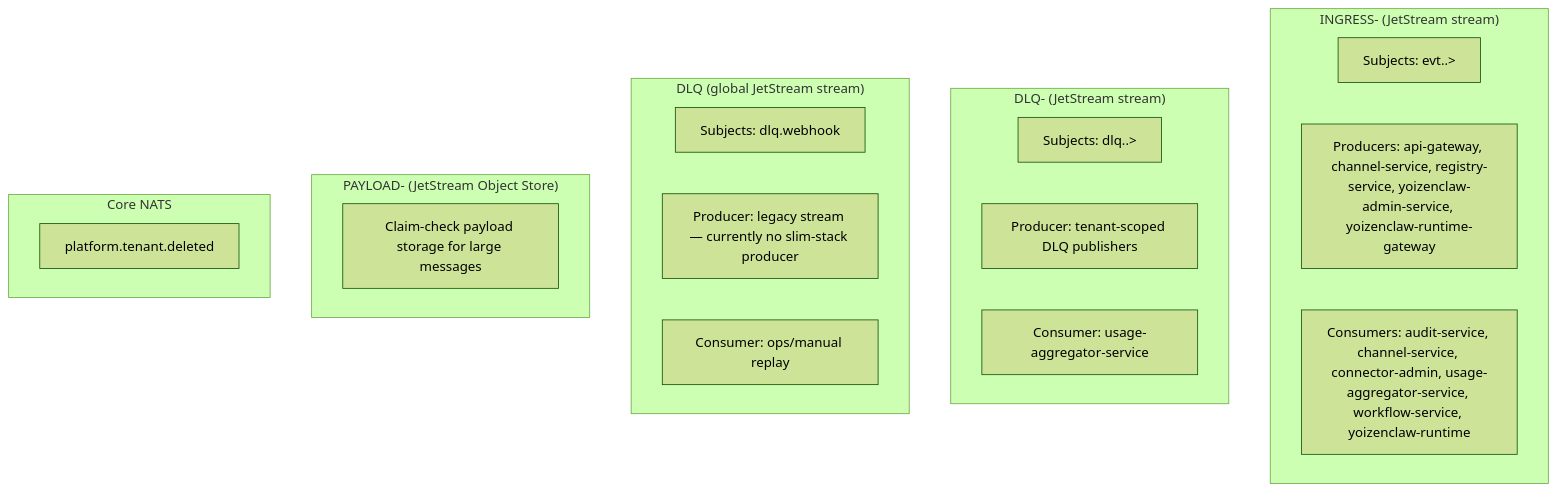
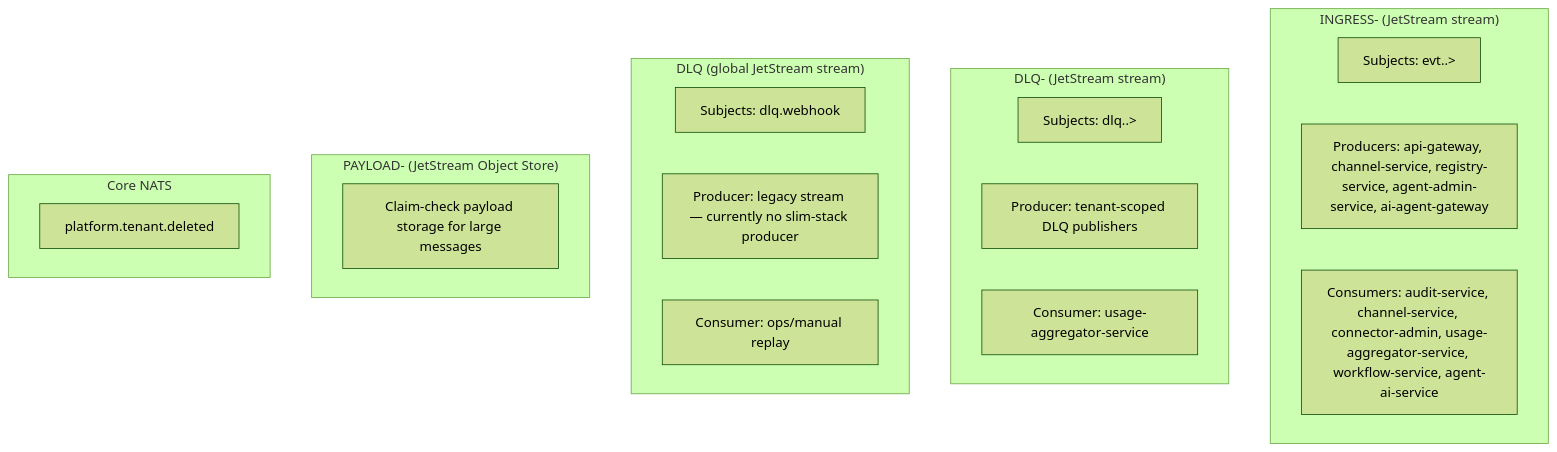
Before and after one commit to ccarnero/colloqui: the diagram in DOCS/03-NATS-JETSTREAM.md, drawn with Mermaid (forest theme). The commit also changed other lines of this file and 1226 other files, not shown here.

````diff
--- a/DOCS/03-NATS-JETSTREAM.md
+++ b/DOCS/03-NATS-JETSTREAM.md
@@ -15,28 +15,28 @@
 ```mermaid
 flowchart TD
     subgraph ingress["INGRESS-<tenant> (JetStream stream)"]
         in_subj[Subjects: evt.<tenant>.>]
-        in_prod[Producers: api-gateway, channel-service, registry-service, yoizenclaw-admin-service, yoizenclaw-runtime-gateway]
-        in_cons[Consumers: audit-service, channel-service, connector-admin, usage-aggregator-service, workflow-service, yoizenclaw-runtime]
+        in_prod[Producers: api-gateway, channel-service, registry-service, agent-admin-service, ai-agent-gateway]
+        in_cons[Consumers: audit-service, channel-service, connector-admin, usage-aggregator-service, workflow-service, agent-ai-service]
     end
 
     subgraph dlqt["DLQ-<tenant> (JetStream stream)"]
         dlqt_subj[Subjects: dlq.<tenant>.>]
         dlqt_prod[Producer: tenant-scoped DLQ publishers]
         dlqt_cons[Consumer: usage-aggregator-service]
     end
 
     subgraph dlqg["DLQ (global JetStream stream)"]
         dlqg_subj[Subjects: dlq.webhook]
         dlqg_prod[Producer: legacy stream — currently no slim-stack producer]
         dlqg_cons[Consumer: ops/manual replay]
     end
 
     subgraph payload["PAYLOAD-<tenant> (JetStream Object Store)"]
         payload_role[Claim-check payload storage for large messages]
     end
 
     subgraph core["Core NATS"]
         core_subj[platform.tenant.deleted]
     end
 ```
````
